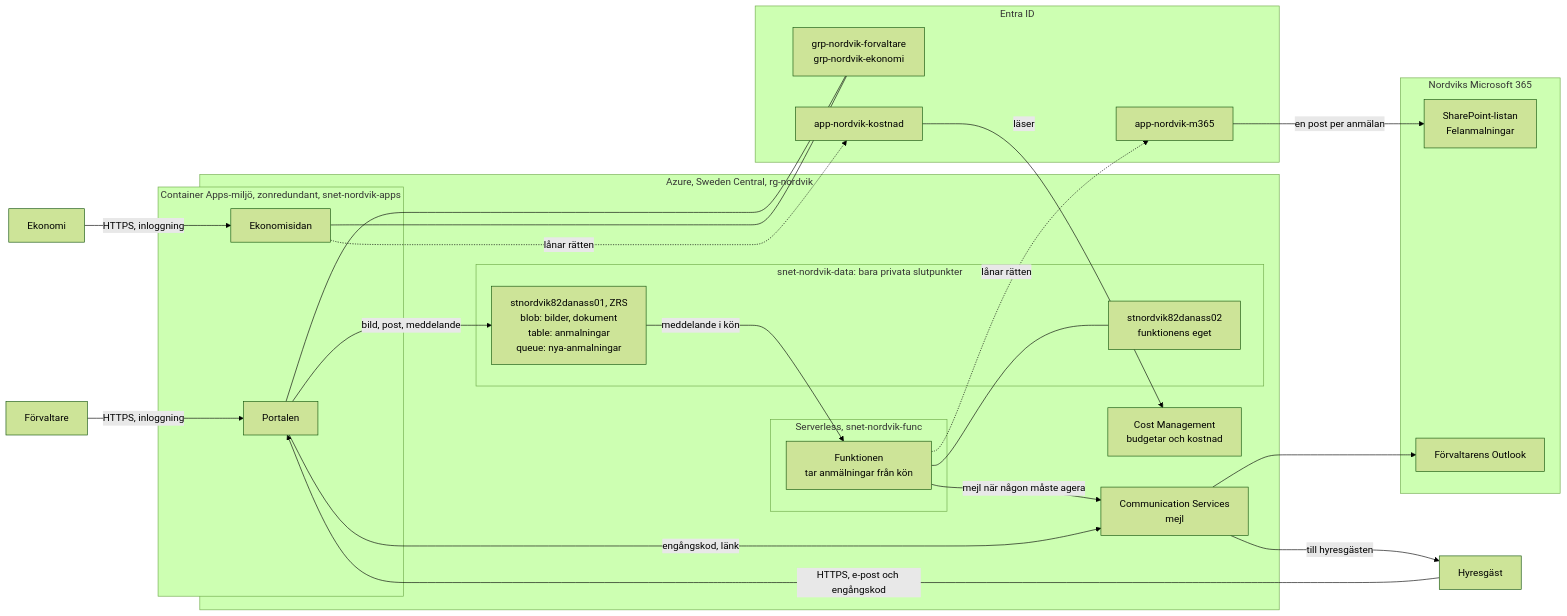
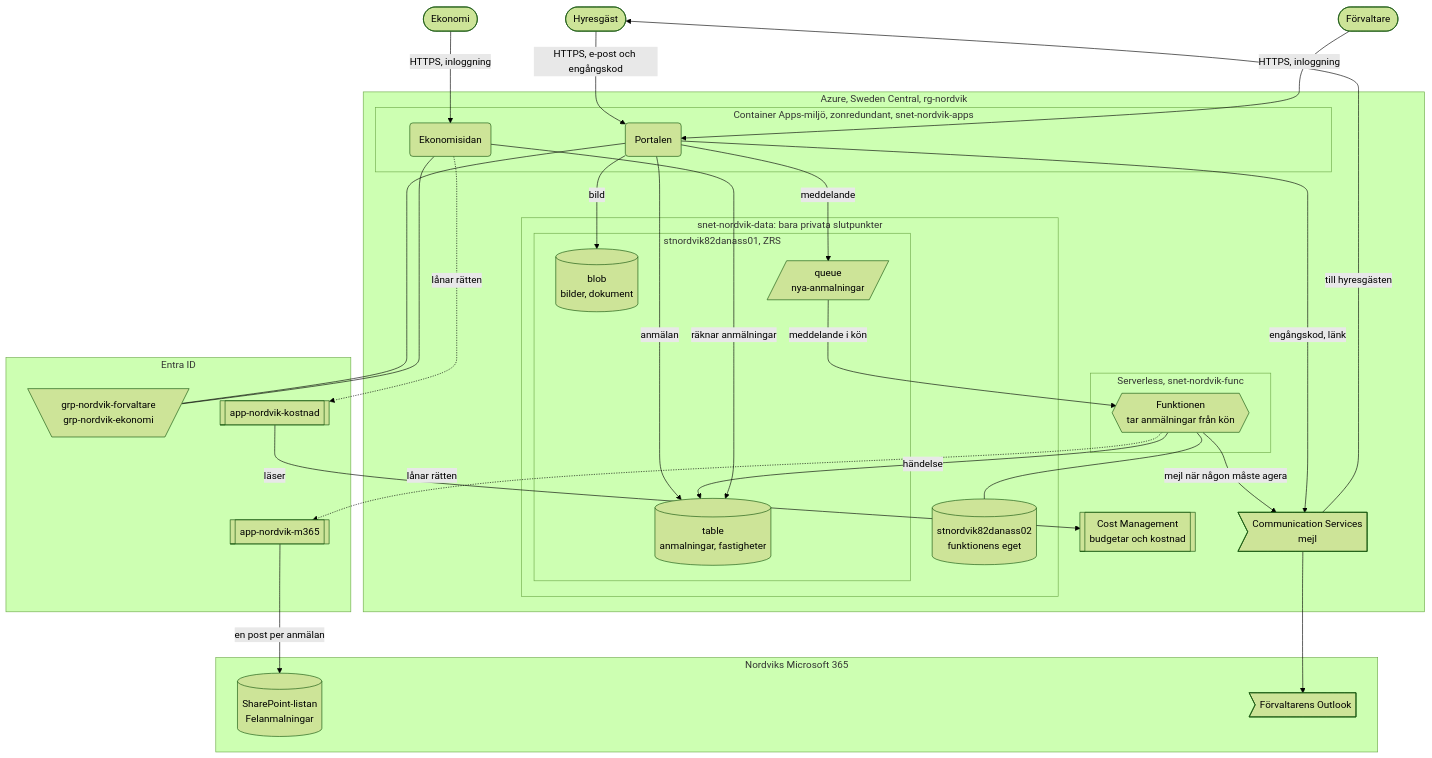
The diagram in v41/README.md (82danass/azure), drawn with Mermaid (forest theme) before and after one commit. The commit also changed other lines of this file and 3 other files, not shown here.

````diff
--- a/v41/README.md
+++ b/v41/README.md
@@ -178,43 +178,58 @@
 ```mermaid
-flowchart LR
+flowchart TB
+    H(["Hyresgäst"])
+    FV(["Förvaltare"])
+    EK(["Ekonomi"])
+
     subgraph AZ["Azure, Sweden Central, rg-nordvik"]
         subgraph CA["Container Apps-miljö, zonredundant, snet-nordvik-apps"]
-            P["Portalen"]
-            E["Ekonomisidan"]
+            P("Portalen")
+            E("Ekonomisidan")
         end
         subgraph FN["Serverless, snet-nordvik-func"]
-            F["Funktionen<br/>tar anmälningar från kön"]
+            F{{"Funktionen<br/>tar anmälningar från kön"}}
         end
         subgraph DATA["snet-nordvik-data: bara privata slutpunkter"]
-            ST["stnordvik82danass01, ZRS<br/>blob: bilder, dokument<br/>table: anmalningar<br/>queue: nya-anmalningar"]
-            ST2["stnordvik82danass02<br/>funktionens eget"]
+            subgraph ST["stnordvik82danass01, ZRS"]
+                BL[("blob<br/>bilder, dokument")]
+                TA[("table<br/>anmalningar, fastigheter")]
+                Q[/"queue<br/>nya-anmalningar"/]
+            end
+            ST2[("stnordvik82danass02<br/>funktionens eget")]
         end
-        ACS["Communication Services<br/>mejl"]
-        CM["Cost Management<br/>budgetar och kostnad"]
+        ACS>"Communication Services<br/>mejl"]
+        CM[["Cost Management<br/>budgetar och kostnad"]]
     end
+
     subgraph ENTRA["Entra ID"]
-        G["grp-nordvik-forvaltare<br/>grp-nordvik-ekonomi"]
-        APN["app-nordvik-m365"]
-        APK["app-nordvik-kostnad"]
+        G[\"grp-nordvik-forvaltare<br/>grp-nordvik-ekonomi"/]
+        APN[["app-nordvik-m365"]]
+        APK[["app-nordvik-kostnad"]]
     end
+
     subgraph M365["Nordviks Microsoft 365"]
-        L["SharePoint-listan<br/>Felanmalningar"]
-        O["Förvaltarens Outlook"]
+        L[("SharePoint-listan<br/>Felanmalningar")]
+        O>"Förvaltarens Outlook"]
     end
-    H["Hyresgäst"] -->|"HTTPS, e-post och engångskod"| P
-    FV["Förvaltare"] -->|"HTTPS, inloggning"| P
-    EK["Ekonomi"] -->|"HTTPS, inloggning"| E
+
+    H -->|"HTTPS, e-post och engångskod"| P
+    FV -->|"HTTPS, inloggning"| P
+    EK -->|"HTTPS, inloggning"| E
     P --- G
     E --- G
-    P -->|"bild, post, meddelande"| ST
-    ST -->|"meddelande i kön"| F
+    P -->|"bild"| BL
+    P -->|"anmälan"| TA
+    P -->|"meddelande"| Q
+    Q -->|"meddelande i kön"| F
+    F -->|"händelse"| TA
     F --- ST2
+    E -->|"räknar anmälningar"| TA
     F -.->|"lånar rätten"| APN
     APN -->|"en post per anmälan"| L
     F -->|"mejl när någon måste agera"| ACS
     ACS --> O
     P -->|"engångskod, länk"| ACS
     ACS -->|"till hyresgästen"| H
     E -.->|"lånar rätten"| APK
     APK -->|"läser"| CM
 ```
````
